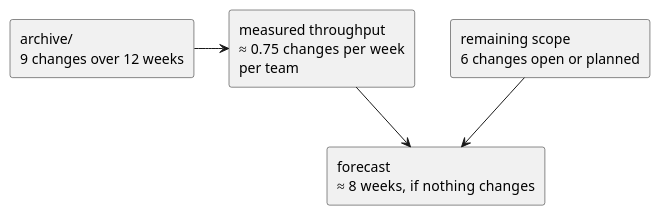
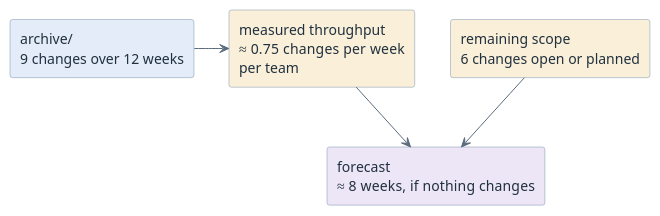
Before and after one commit to htl-leonding-college/curriculum-syp3: the diagram in modules/governance-estimation-hygiene/index.adoc, drawn with PlantUML. The commit also changed 65 other files, not shown here.

First line of the commit message:
feat(site): give the diagrams a semantic pastel palette

```diff
--- a/modules/governance-estimation-hygiene/index.adoc
+++ b/modules/governance-estimation-hygiene/index.adoc
@@ -96,17 +96,19 @@
 [plantuml,estimate-from-history,svg]
 ----
 @startuml
-skinparam monochrome true
+<style>
+element { BackgroundColor #EDF3FA; LineColor #7C93AD; FontColor #21303F }
+arrow { LineColor #5A6B7D; FontColor #21303F }
+</style>
 skinparam shadowing false
 skinparam defaultFontName Helvetica
 
-rectangle "archive/\n9 changes over 12 weeks" as A
-rectangle "measured throughput\n≈ 0.75 changes per week\nper team" as T
-rectangle "remaining scope\n6 changes open or planned" as S
-rectangle "forecast\n≈ 8 weeks, if nothing changes" as F
-
+rectangle "archive/\n9 changes over 12 weeks" as A #E3ECF8
+rectangle "measured throughput\n≈ 0.75 changes per week\nper team" as T #FAF0D9
+rectangle "remaining scope\n6 changes open or planned" as S #FAF0D9
+rectangle "forecast\n≈ 8 weeks, if nothing changes" as F #ECE6F7
 A -right-> T
 T -down-> F
 S -down-> F
 @enduml
 ----
```
